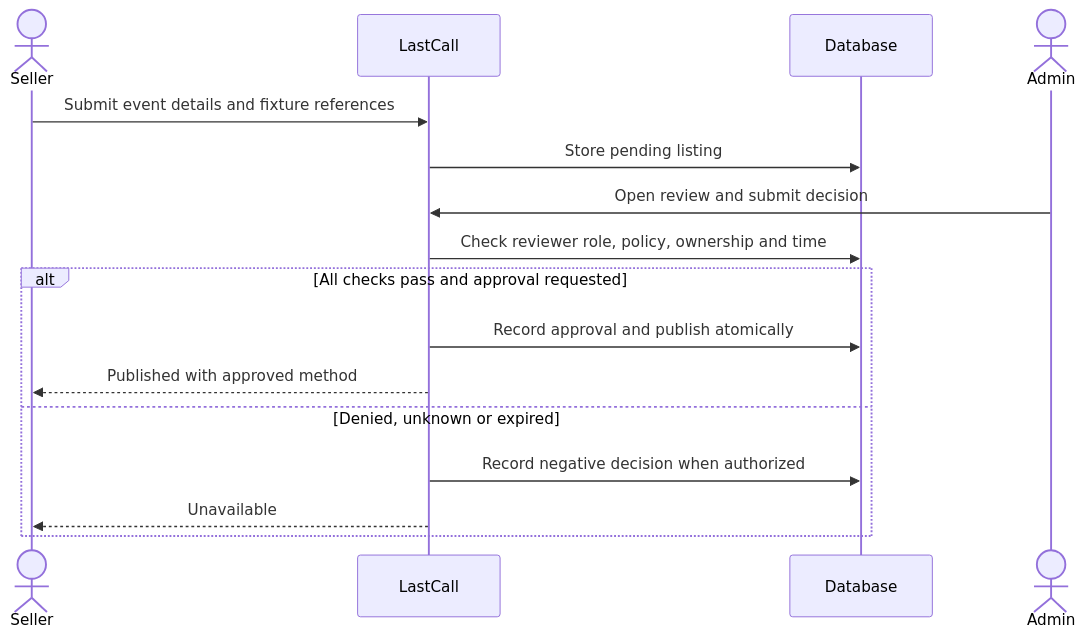
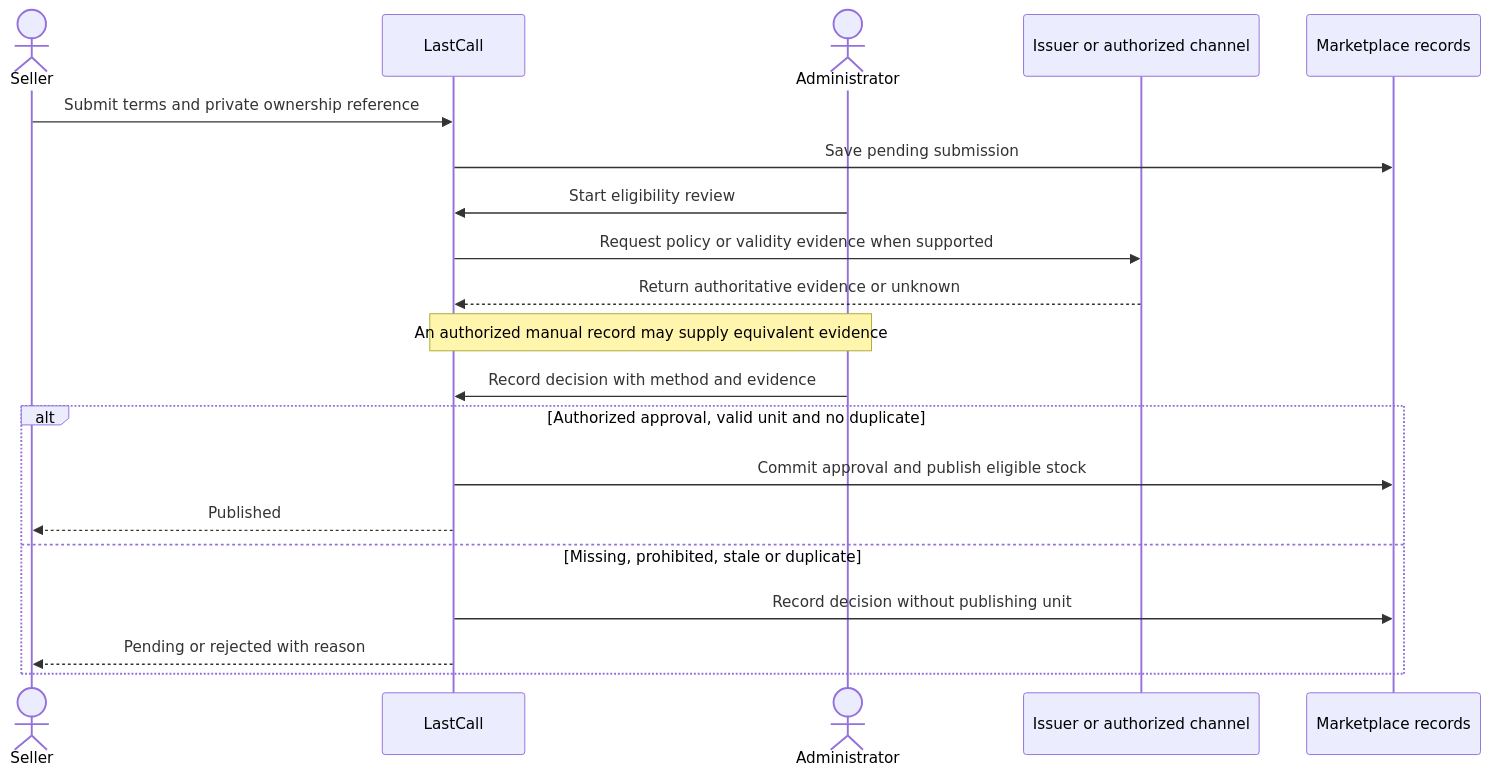
One commit to aunabil-abtahi/lastcall-sad changed the seventh of 15 diagrams in docs/05-srs/SRS.md. Above: the diagram before and after it, drawn with Mermaid. The commit also changed other lines of this file, not shown here.

Commit message:
docs: revise LastCall marketplace requirements

````diff
--- a/docs/05-srs/SRS.md
+++ b/docs/05-srs/SRS.md
@@ -469,18 +807,22 @@
 ```mermaid
 sequenceDiagram
  actor Seller
- participant App as LastCall
- participant DB as Database
- actor Admin
- Seller->>App: Submit event details and fixture references
- App->>DB: Store pending listing
- Admin->>App: Open review and submit decision
- App->>DB: Check reviewer role, policy, ownership and time
- alt All checks pass and approval requested
- App->>DB: Record approval and publish atomically
- App-->>Seller: Published with approved method
- else Denied, unknown or expired
- App->>DB: Record negative decision when authorized
- App-->>Seller: Unavailable
+ participant LC as LastCall
+ actor Admin as Administrator
+ participant Issuer as Issuer or authorized channel
+ participant DB as Marketplace records
+ Seller->>LC: Submit terms and private ownership reference
+ LC->>DB: Save pending submission
+ Admin->>LC: Start eligibility review
+ LC->>Issuer: Request policy or validity evidence when supported
+ Issuer-->>LC: Return authoritative evidence or unknown
+ Note over Admin,LC: An authorized manual record may supply equivalent evidence
+ Admin->>LC: Record decision with method and evidence
+ alt Authorized approval, valid unit and no duplicate
+ LC->>DB: Commit approval and publish eligible stock
+ LC-->>Seller: Published
+ else Missing, prohibited, stale or duplicate
+ LC->>DB: Record decision without publishing unit
+ LC-->>Seller: Pending or rejected with reason
  end
 ```
````
